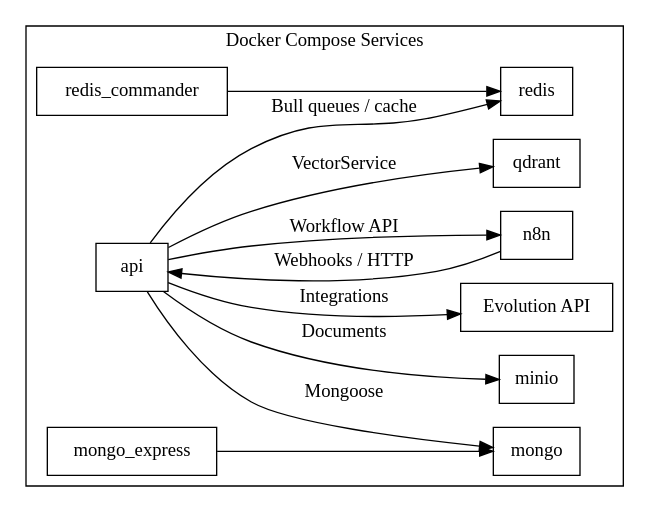
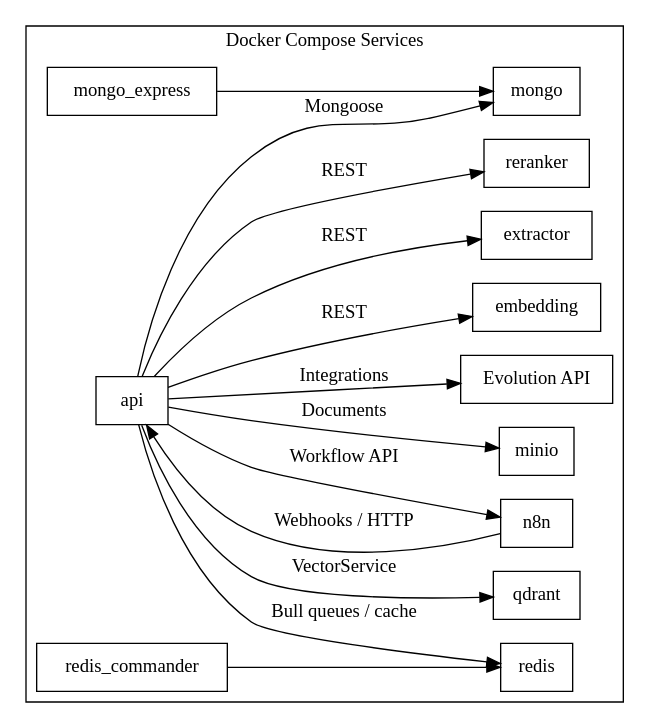
The diagram in src/arch.dot (mpro775/musad-bot-n8n), drawn with Graphviz before and after one commit. The commit also changed 1 other file, not shown here.

Commit message:
docs: show embedding/extractor/reranker connections

```diff
--- a/src/arch.dot
+++ b/src/arch.dot
@@ -1,27 +1,33 @@
 digraph architecture {
     rankdir=LR;
     node [shape=box];
 
     subgraph cluster_containers {
         label="Docker Compose Services";
         api;
+        embedding;
+        extractor;
+        reranker;
         n8n;
         qdrant;
         mongo;
         redis;
         minio;
         evolution_api [label="Evolution API"];
         redis_commander;
         mongo_express;
     }
 
     api -> mongo           [label="Mongoose"];
     api -> redis           [label="Bull queues / cache"];
     api -> qdrant          [label="VectorService"];
     api -> minio           [label="Documents"];
+    api -> embedding       [label="REST"];
+    api -> extractor       [label="REST"];
+    api -> reranker        [label="REST"];
     api -> n8n             [label="Workflow API"];
     api -> evolution_api   [label="Integrations"];
     n8n -> api             [label="Webhooks / HTTP"];
     redis_commander -> redis;
     mongo_express -> mongo;
 }
```
